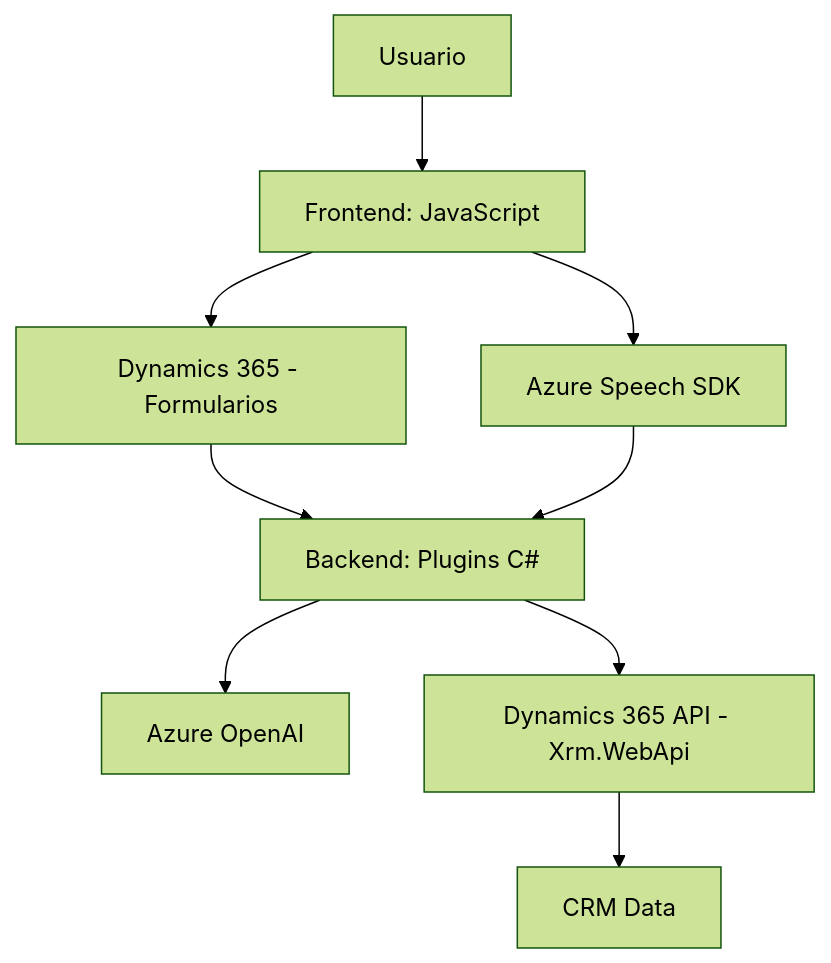
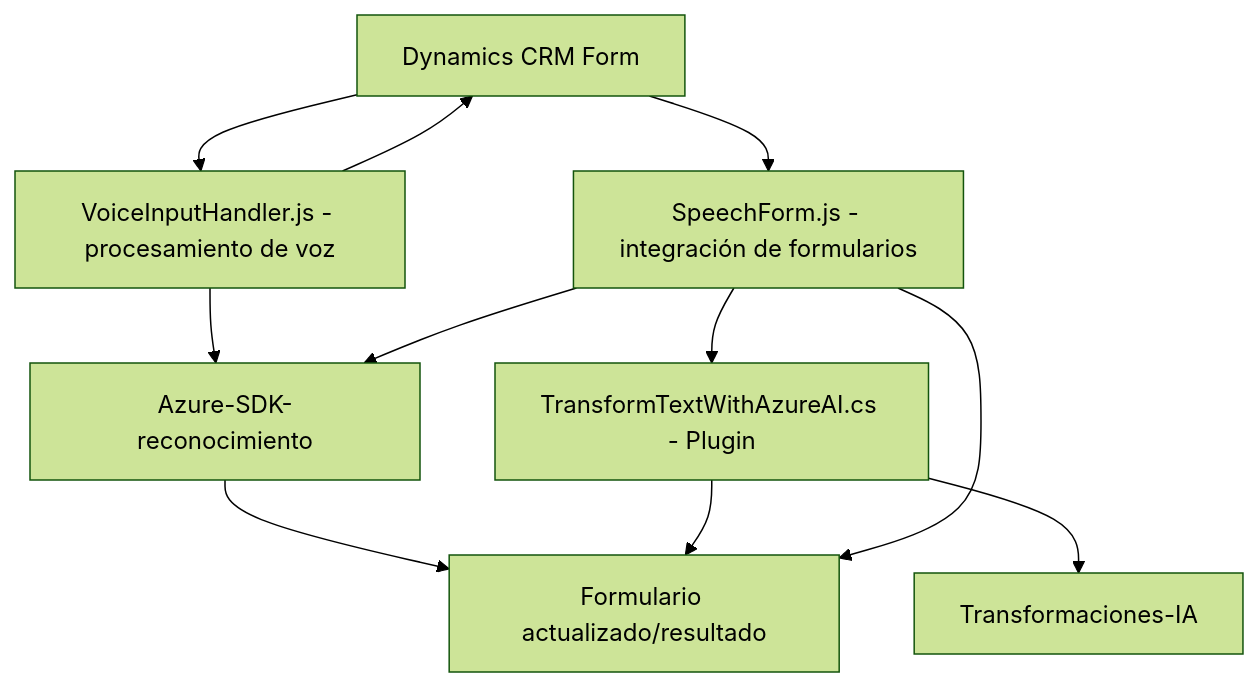
One commit to blopezdm/NETCORE_BILBAO2025 changed the diagram in README.md. Above: the diagram before and after it, drawn with Mermaid (forest theme). The commit also changed other lines of this file, not shown here.

````diff
--- a/README.md
+++ b/README.md
@@ -57,11 +35,21 @@
 ```mermaid
 graph TD
-    A["Usuario"] --> B["Frontend: JavaScript"]
-    B["Frontend: JavaScript"] --> C["Dynamics 365 - Formularios"]
-    B --> D["Azure Speech SDK"]
-    C["Dynamics 365 - Formularios"] --> E["Backend: Plugins C#"]
-    D --> E["Backend: Plugins C#"]
-    E --> F["Azure OpenAI"]
-    E --> G["Dynamics 365 API - Xrm.WebApi"]
-    G --> H["CRM Data"]
+    A["Dynamics CRM Form"]
+    B["VoiceInputHandler.js - procesamiento de voz"]
+    C["SpeechForm.js - integración de formularios"]
+    D["Azure Speech SDK"]
+    E["TransformTextWithAzureAI.cs - Plugin"]
+    F["Azure OpenAI"]
+    G["Formulario actualizado/resultado"]
+
+    A --> B
+    B --> D["Azure-SDK-reconocimiento"]
+    B --> A
+    A --> C
+    C --> D
+    C --> E
+    E --> F["Transformaciones-IA"]
+    D --> G
+    E --> G
+    C --> G
 ```
````
